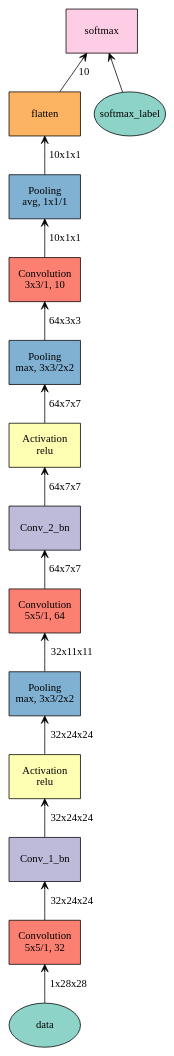
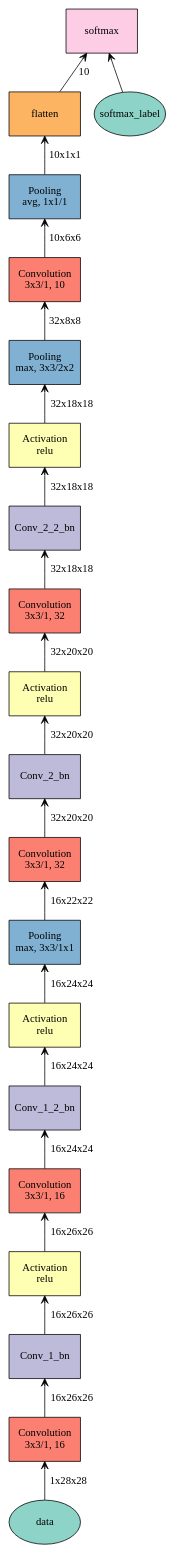
Before and after one commit to truebruce/MXnet_trial_mnist: the diagram in MNIST_trial/plot.gv, drawn with Graphviz. The commit also changed 3 other files, not shown here.

```diff
--- a/MNIST_trial/plot.gv
+++ b/MNIST_trial/plot.gv
@@ -1,29 +1,41 @@
 digraph plot {
 	data [label=data fillcolor="#8dd3c7" fixedsize=true height=0.8034 shape=oval style=filled width=1.3]
-	Conv_1 [label="Convolution\n5x5/1, 32" fillcolor="#fb8072" fixedsize=true height=0.8034 shape=box style=filled width=1.3]
+	Conv_1 [label="Convolution\n3x3/1, 16" fillcolor="#fb8072" fixedsize=true height=0.8034 shape=box style=filled width=1.3]
 	Conv_1_bn [label=Conv_1_bn fillcolor="#bebada" fixedsize=true height=0.8034 shape=box style=filled width=1.3]
 	Conv_1_act [label="Activation\nrelu" fillcolor="#ffffb3" fixedsize=true height=0.8034 shape=box style=filled width=1.3]
-	Conv_1_pooling [label="Pooling\nmax, 3x3/2x2" fillcolor="#80b1d3" fixedsize=true height=0.8034 shape=box style=filled width=1.3]
-	Conv_2 [label="Convolution\n5x5/1, 64" fillcolor="#fb8072" fixedsize=true height=0.8034 shape=box style=filled width=1.3]
+	Conv_1_2 [label="Convolution\n3x3/1, 16" fillcolor="#fb8072" fixedsize=true height=0.8034 shape=box style=filled width=1.3]
+	Conv_1_2_bn [label=Conv_1_2_bn fillcolor="#bebada" fixedsize=true height=0.8034 shape=box style=filled width=1.3]
+	Conv_1_2_act [label="Activation\nrelu" fillcolor="#ffffb3" fixedsize=true height=0.8034 shape=box style=filled width=1.3]
+	Conv_1_pooling [label="Pooling\nmax, 3x3/1x1" fillcolor="#80b1d3" fixedsize=true height=0.8034 shape=box style=filled width=1.3]
+	Conv_2 [label="Convolution\n3x3/1, 32" fillcolor="#fb8072" fixedsize=true height=0.8034 shape=box style=filled width=1.3]
 	Conv_2_bn [label=Conv_2_bn fillcolor="#bebada" fixedsize=true height=0.8034 shape=box style=filled width=1.3]
 	Conv_2_act [label="Activation\nrelu" fillcolor="#ffffb3" fixedsize=true height=0.8034 shape=box style=filled width=1.3]
+	Conv_2_2 [label="Convolution\n3x3/1, 32" fillcolor="#fb8072" fixedsize=true height=0.8034 shape=box style=filled width=1.3]
+	Conv_2_2_bn [label=Conv_2_2_bn fillcolor="#bebada" fixedsize=true height=0.8034 shape=box style=filled width=1.3]
+	Conv_2_2_act [label="Activation\nrelu" fillcolor="#ffffb3" fixedsize=true height=0.8034 shape=box style=filled width=1.3]
 	Conv_2_pooling [label="Pooling\nmax, 3x3/2x2" fillcolor="#80b1d3" fixedsize=true height=0.8034 shape=box style=filled width=1.3]
 	Conv_3 [label="Convolution\n3x3/1, 10" fillcolor="#fb8072" fixedsize=true height=0.8034 shape=box style=filled width=1.3]
 	Conv_3_pooling [label="Pooling\navg, 1x1/1" fillcolor="#80b1d3" fixedsize=true height=0.8034 shape=box style=filled width=1.3]
 	flatten [label=flatten fillcolor="#fdb462" fixedsize=true height=0.8034 shape=box style=filled width=1.3]
 	softmax_label [label=softmax_label fillcolor="#8dd3c7" fixedsize=true height=0.8034 shape=oval style=filled width=1.3]
 	softmax [label=softmax fillcolor="#fccde5" fixedsize=true height=0.8034 shape=box style=filled width=1.3]
 	Conv_1 -> data [label="1x28x28" arrowtail=open dir=back]
-	Conv_1_bn -> Conv_1 [label="32x24x24" arrowtail=open dir=back]
-	Conv_1_act -> Conv_1_bn [label="32x24x24" arrowtail=open dir=back]
-	Conv_1_pooling -> Conv_1_act [label="32x24x24" arrowtail=open dir=back]
-	Conv_2 -> Conv_1_pooling [label="32x11x11" arrowtail=open dir=back]
-	Conv_2_bn -> Conv_2 [label="64x7x7" arrowtail=open dir=back]
-	Conv_2_act -> Conv_2_bn [label="64x7x7" arrowtail=open dir=back]
-	Conv_2_pooling -> Conv_2_act [label="64x7x7" arrowtail=open dir=back]
-	Conv_3 -> Conv_2_pooling [label="64x3x3" arrowtail=open dir=back]
-	Conv_3_pooling -> Conv_3 [label="10x1x1" arrowtail=open dir=back]
+	Conv_1_bn -> Conv_1 [label="16x26x26" arrowtail=open dir=back]
+	Conv_1_act -> Conv_1_bn [label="16x26x26" arrowtail=open dir=back]
+	Conv_1_2 -> Conv_1_act [label="16x26x26" arrowtail=open dir=back]
+	Conv_1_2_bn -> Conv_1_2 [label="16x24x24" arrowtail=open dir=back]
+	Conv_1_2_act -> Conv_1_2_bn [label="16x24x24" arrowtail=open dir=back]
+	Conv_1_pooling -> Conv_1_2_act [label="16x24x24" arrowtail=open dir=back]
+	Conv_2 -> Conv_1_pooling [label="16x22x22" arrowtail=open dir=back]
+	Conv_2_bn -> Conv_2 [label="32x20x20" arrowtail=open dir=back]
+	Conv_2_act -> Conv_2_bn [label="32x20x20" arrowtail=open dir=back]
+	Conv_2_2 -> Conv_2_act [label="32x20x20" arrowtail=open dir=back]
+	Conv_2_2_bn -> Conv_2_2 [label="32x18x18" arrowtail=open dir=back]
+	Conv_2_2_act -> Conv_2_2_bn [label="32x18x18" arrowtail=open dir=back]
+	Conv_2_pooling -> Conv_2_2_act [label="32x18x18" arrowtail=open dir=back]
+	Conv_3 -> Conv_2_pooling [label="32x8x8" arrowtail=open dir=back]
+	Conv_3_pooling -> Conv_3 [label="10x6x6" arrowtail=open dir=back]
 	flatten -> Conv_3_pooling [label="10x1x1" arrowtail=open dir=back]
 	softmax -> flatten [label=10 arrowtail=open dir=back]
 	softmax -> softmax_label [label="" arrowtail=open dir=back]
 }
```
